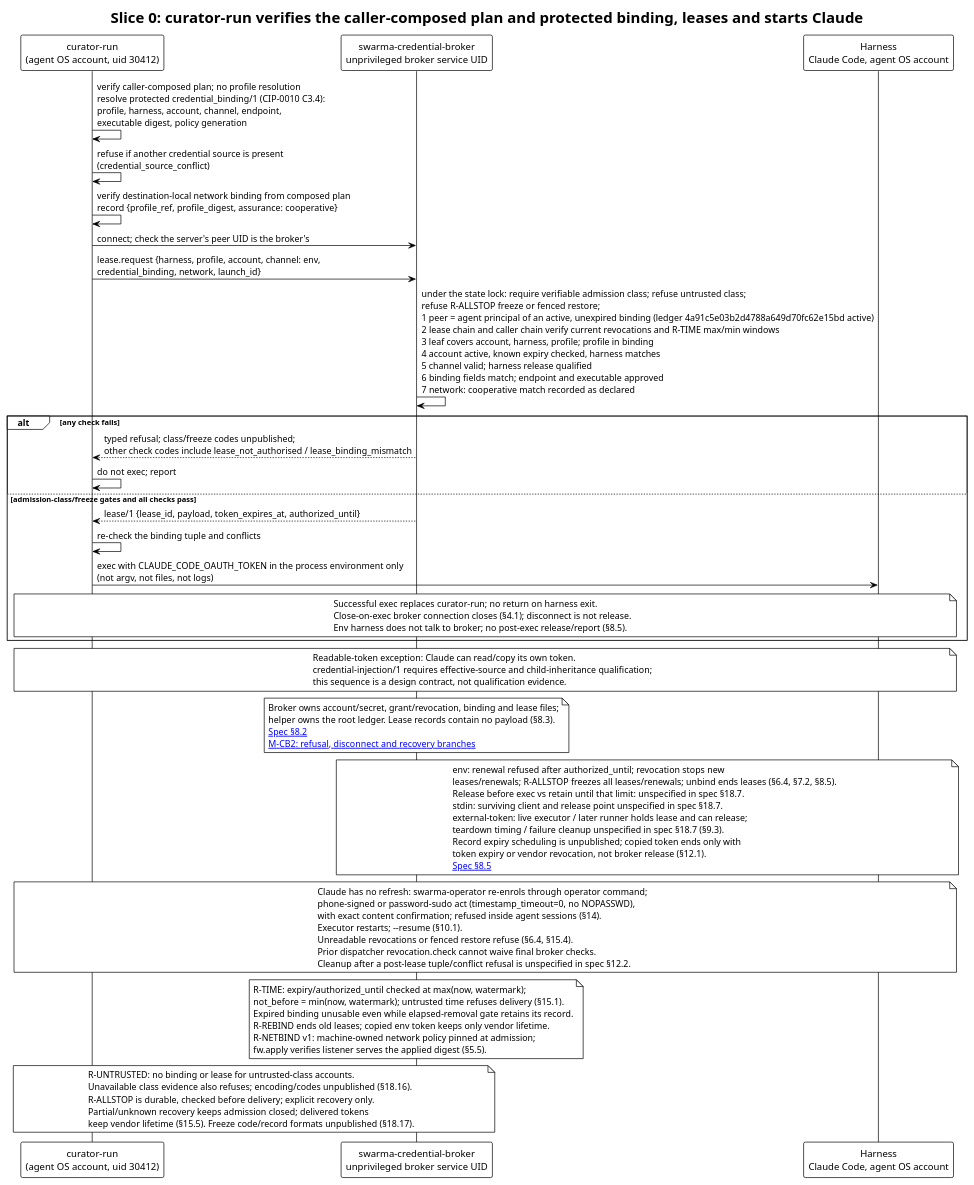
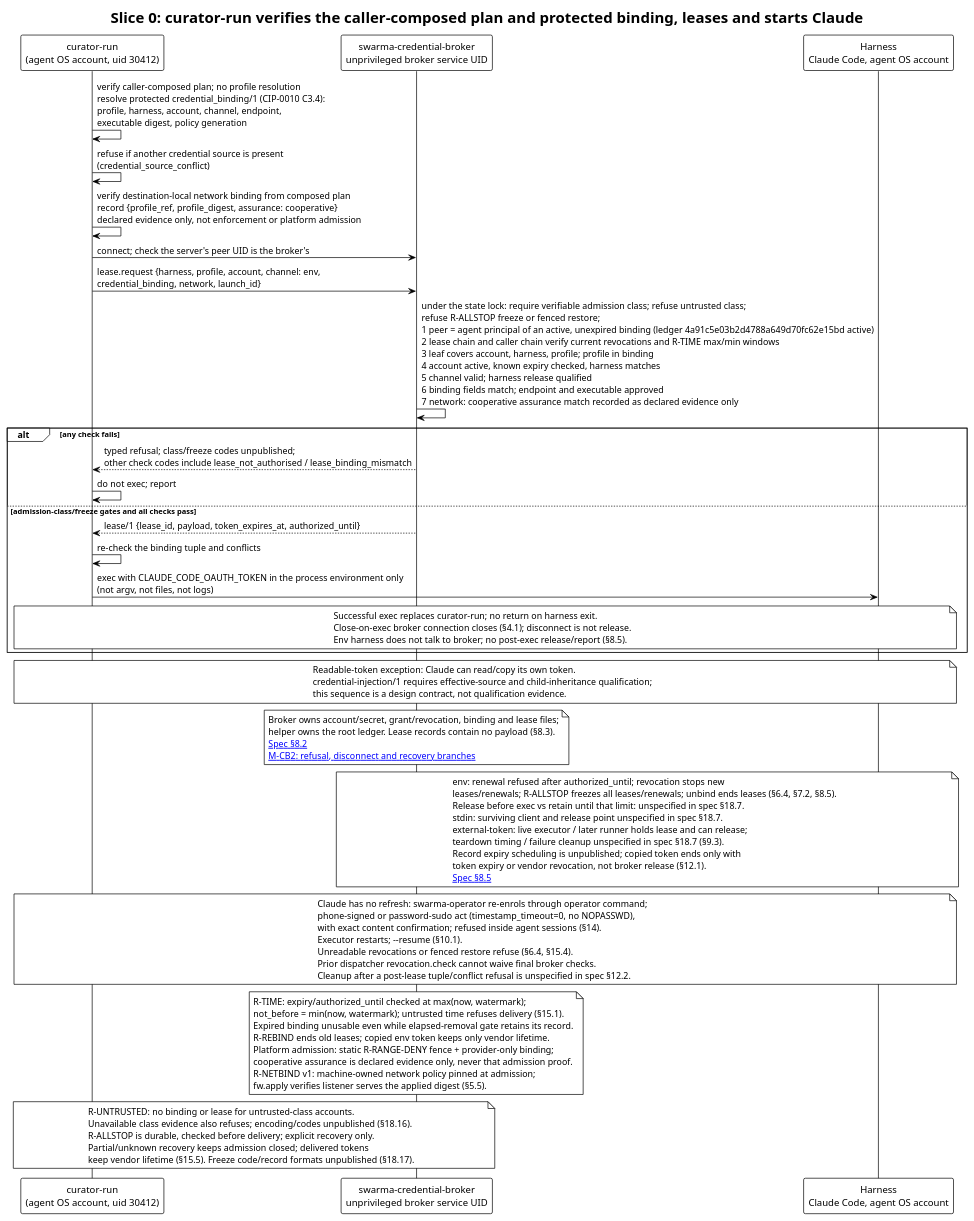
One commit to relux-works/swarma-credential-broker changed the diagram in diagrams/lease-at-launch.puml. Above: the diagram before and after it, drawn with PlantUML. The commit also changed 5 other files, not shown here.

```diff
--- a/diagrams/lease-at-launch.puml
+++ b/diagrams/lease-at-launch.puml
@@ -1,70 +1,72 @@
 @startuml lease-at-launch
 !theme plain
 title Slice 0: curator-run verifies the caller-composed plan and protected binding, leases and starts Claude
 
 participant "curator-run\n(agent OS account, uid 30412)" as E
 participant "swarma-credential-broker\nunprivileged broker service UID" as B
 participant "Harness\nClaude Code, agent OS account" as H
 
 E -> E: verify caller-composed plan; no profile resolution\nresolve protected credential_binding/1 (CIP-0010 C3.4):\nprofile, harness, account, channel, endpoint,\nexecutable digest, policy generation
 E -> E: refuse if another credential source is present\n(credential_source_conflict)
-E -> E: verify destination-local network binding from composed plan\nrecord {profile_ref, profile_digest, assurance: cooperative}
+E -> E: verify destination-local network binding from composed plan\nrecord {profile_ref, profile_digest, assurance: cooperative}\ndeclared evidence only, not enforcement or platform admission
 E -> B: connect; check the server's peer UID is the broker's
 E -> B: lease.request {harness, profile, account, channel: env,\ncredential_binding, network, launch_id}
-B -> B: under the state lock: require verifiable admission class; refuse untrusted class;\nrefuse R-ALLSTOP freeze or fenced restore;\n1 peer = agent principal of an active, unexpired binding (ledger 4a91c5e03b2d4788a649d70fc62e15bd active)\n2 lease chain and caller chain verify current revocations and R-TIME max/min windows\n3 leaf covers account, harness, profile; profile in binding\n4 account active, known expiry checked, harness matches\n5 channel valid; harness release qualified\n6 binding fields match; endpoint and executable approved\n7 network: cooperative match recorded as declared
+B -> B: under the state lock: require verifiable admission class; refuse untrusted class;\nrefuse R-ALLSTOP freeze or fenced restore;\n1 peer = agent principal of an active, unexpired binding (ledger 4a91c5e03b2d4788a649d70fc62e15bd active)\n2 lease chain and caller chain verify current revocations and R-TIME max/min windows\n3 leaf covers account, harness, profile; profile in binding\n4 account active, known expiry checked, harness matches\n5 channel valid; harness release qualified\n6 binding fields match; endpoint and executable approved\n7 network: cooperative assurance match recorded as declared evidence only
 alt any check fails
   B --> E: typed refusal; class/freeze codes unpublished;\nother check codes include lease_not_authorised / lease_binding_mismatch
   E -> E: do not exec; report
 else admission-class/freeze gates and all checks pass
   B --> E: lease/1 {lease_id, payload, token_expires_at, authorized_until}
   E -> E: re-check the binding tuple and conflicts
   E -> H: exec with CLAUDE_CODE_OAUTH_TOKEN in the process environment only\n(not argv, not files, not logs)
   note over E,H
     Successful exec replaces curator-run; no return on harness exit.
     Close-on-exec broker connection closes (§4.1); disconnect is not release.
     Env harness does not talk to broker; no post-exec release/report (§8.5).
   end note
 end
 note over E,H: Readable-token exception: Claude can read/copy its own token.\ncredential-injection/1 requires effective-source and child-inheritance qualification;\nthis sequence is a design contract, not qualification evidence.
 note over B
   Broker owns account/secret, grant/revocation, binding and lease files;
   helper owns the root ledger. Lease records contain no payload (§8.3).
   [[../spec/broker.md#82-checks-in-order Spec §8.2]]
   [[lease-recovery.puml M-CB2: refusal, disconnect and recovery branches]]
 end note
 note over B,H
   env: renewal refused after authorized_until; revocation stops new
   leases/renewals; R-ALLSTOP freezes all leases/renewals; unbind ends leases (§6.4, §7.2, §8.5).
   Release before exec vs retain until that limit: unspecified in spec §18.7.
   stdin: surviving client and release point unspecified in spec §18.7.
   external-token: live executor / later runner holds lease and can release;
   teardown timing / failure cleanup unspecified in spec §18.7 (§9.3).
   Record expiry scheduling is unpublished; copied token ends only with
   token expiry or vendor revocation, not broker release (§12.1).
   [[../spec/broker.md#85-renewal-release-and-reports Spec §8.5]]
 end note
 note over E,H
   Claude has no refresh: swarma-operator re-enrols through operator command;
   phone-signed or password-sudo act (timestamp_timeout=0, no NOPASSWD),
   with exact content confirmation; refused inside agent sessions (§14).
   Executor restarts; --resume (§10.1).
   Unreadable revocations or fenced restore refuse (§6.4, §15.4).
   Prior dispatcher revocation.check cannot waive final broker checks.
   Cleanup after a post-lease tuple/conflict refusal is unspecified in spec §12.2.
 end note
 note over B
   R-TIME: expiry/authorized_until checked at max(now, watermark);
   not_before = min(now, watermark); untrusted time refuses delivery (§15.1).
   Expired binding unusable even while elapsed-removal gate retains its record.
   R-REBIND ends old leases; copied env token keeps only vendor lifetime.
+  Platform admission: static R-RANGE-DENY fence + provider-only binding;
+  cooperative assurance is declared evidence only, never that admission proof.
   R-NETBIND v1: machine-owned network policy pinned at admission;
   fw.apply verifies listener serves the applied digest (§5.5).
 end note
 note over E,B
   R-UNTRUSTED: no binding or lease for untrusted-class accounts.
   Unavailable class evidence also refuses; encoding/codes unpublished (§18.16).
   R-ALLSTOP is durable, checked before delivery; explicit recovery only.
   Partial/unknown recovery keeps admission closed; delivered tokens
   keep vendor lifetime (§15.5). Freeze code/record formats unpublished (§18.17).
 end note
 @enduml
```
